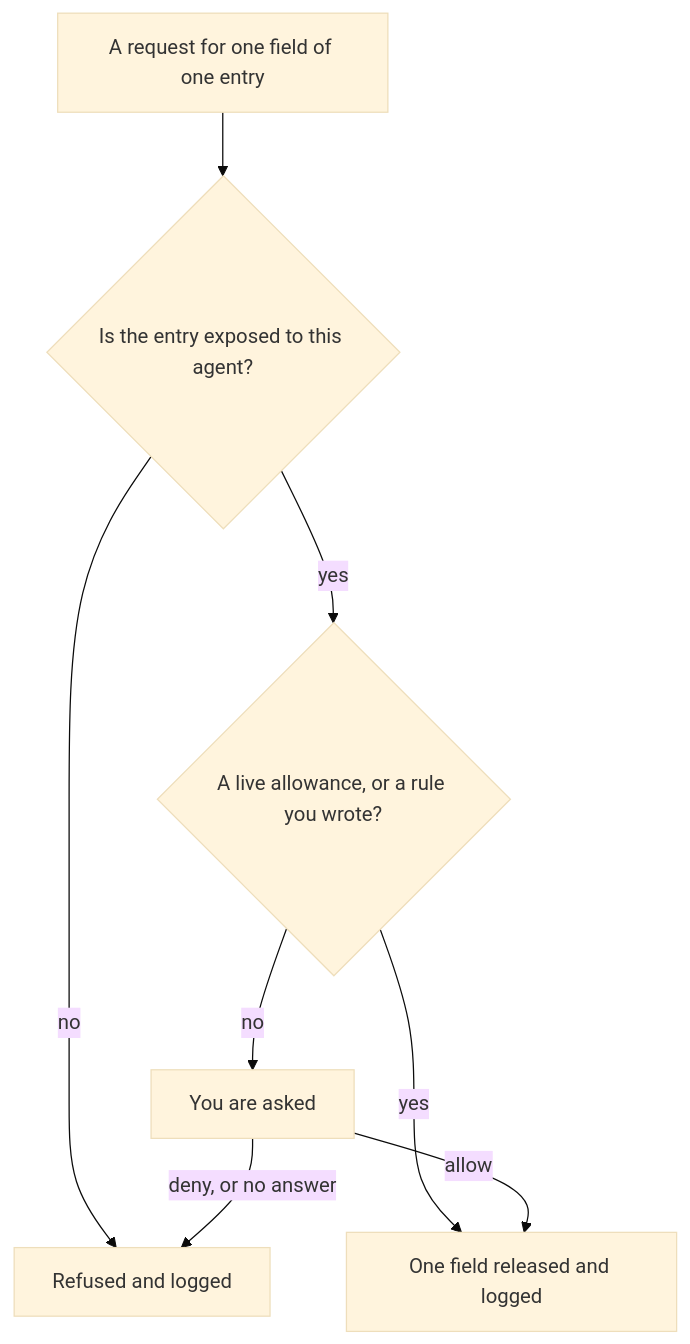
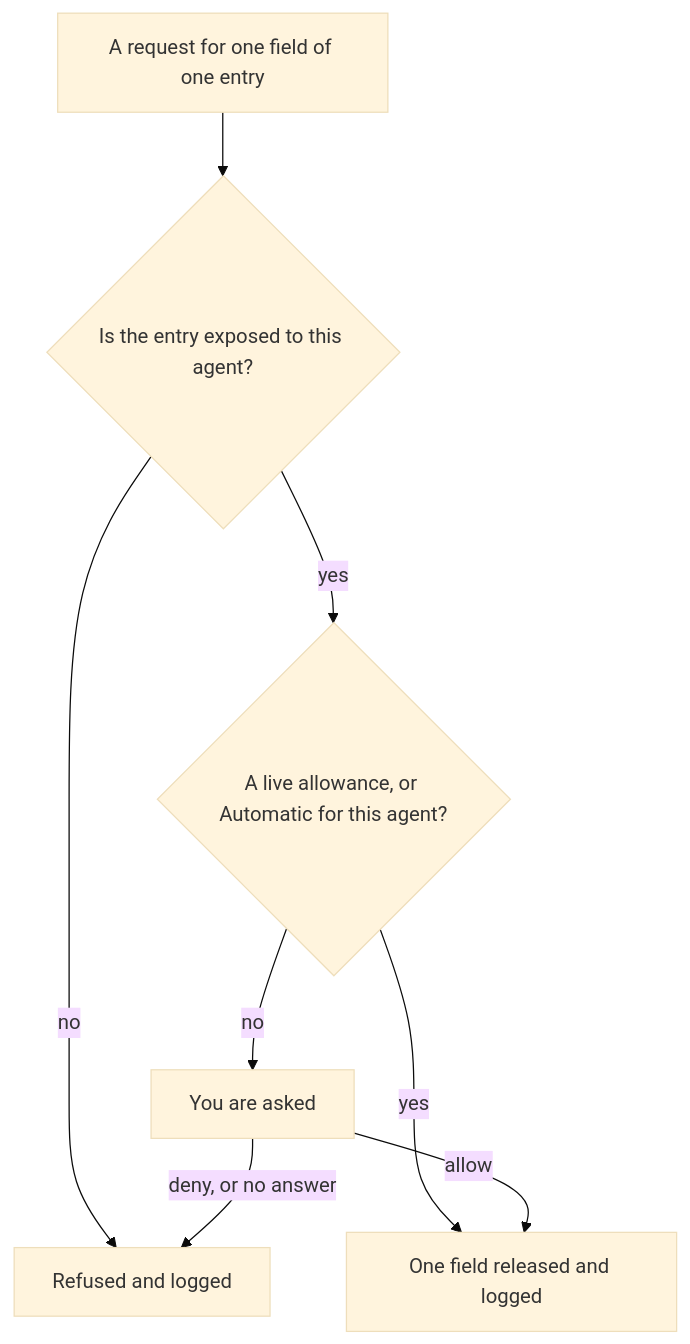
One commit to notinferred/keypaste changed the second of 3 diagrams in site/web/src/content/docs/how-it-works/index.mdx. Above: the diagram before and after it, drawn with Mermaid (base theme). The commit also changed other lines of this file and 268 other files, not shown here.

````diff
--- a/site/web/src/content/docs/how-it-works/index.mdx
+++ b/site/web/src/content/docs/how-it-works/index.mdx
@@ -37,10 +37,10 @@
 ```mermaid
 flowchart TD
   request["A request for one field of one entry"] --> exposed{"Is the entry exposed to this agent?"}
   exposed -->|no| refused["Refused and logged"]
-  exposed -->|yes| allowance{"A live allowance, or a rule you wrote?"}
+  exposed -->|yes| allowance{"A live allowance, or Automatic for this agent?"}
   allowance -->|yes| released["One field released and logged"]
   allowance -->|no| ask["You are asked"]
   ask -->|deny, or no answer| refused
   ask -->|allow| released
 ```
````
